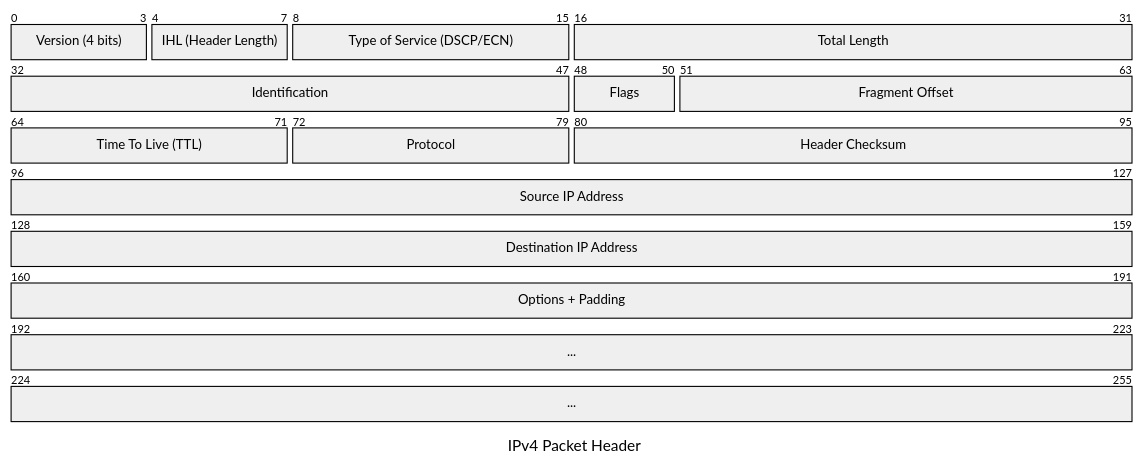
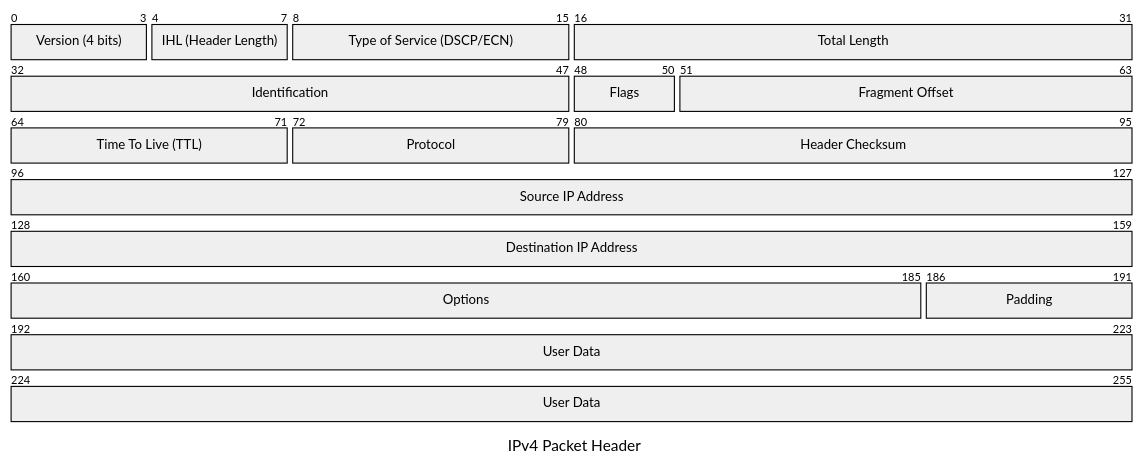
One commit to delpiter/Obsidian-Vault changed the diagram in Git-Obsidian/Reti/Network Layer/Protocollo IP.md. Above: the diagram before and after it, drawn with Mermaid (neutral theme). The commit also changed other lines of this file and 6 other files, not shown here.

````diff
--- a/Git-Obsidian/Reti/Network Layer/Protocollo IP.md
+++ b/Git-Obsidian/Reti/Network Layer/Protocollo IP.md
@@ -20,21 +44,22 @@
 ```mermaid
 ---
 title: "IPv4 Packet Header"
 ---
 packet-beta
   0-3: "Version (4 bits)"
   4-7: "IHL (Header Length)"
   8-15: "Type of Service (DSCP/ECN)"
   16-31: "Total Length"
   32-47: "Identification"
   48-50: "Flags"
   51-63: "Fragment Offset"
   64-71: "Time To Live (TTL)"
   72-79: "Protocol"
   80-95: "Header Checksum"
   96-127: "Source IP Address"
   128-159: "Destination IP Address"
-  160-191: "Options + Padding"
-  192-223: "..."
-  224-255: "..."
+  160-185: "Options"
+  186-191: "Padding"
+  192-223: "User Data"
+  224-255: "User Data" 
 ```
````
